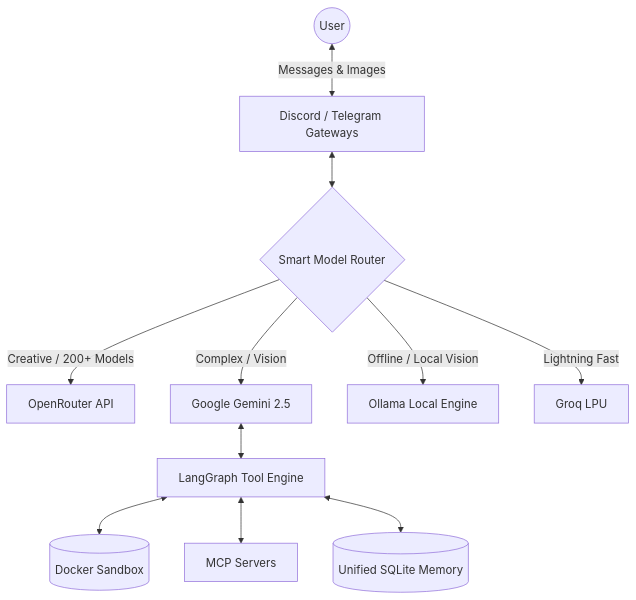
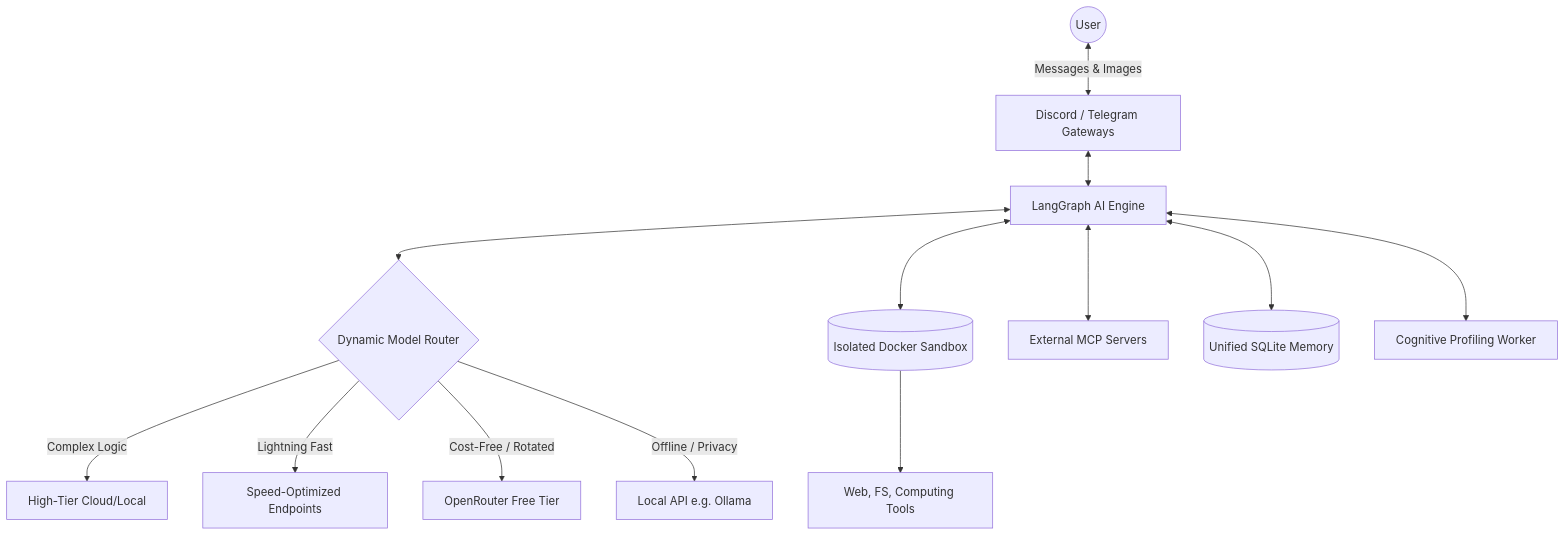
Before and after one commit to Ujjwal-Devloper-5/OmniAgent: the diagram in README.md, drawn with Mermaid. The commit also changed other lines of this file and 1 other file, not shown here.

````diff
--- a/README.md
+++ b/README.md
@@ -50,15 +45,19 @@
 ```mermaid
 graph TD
     User((User)) <--> |Messages & Images| Gateway[Discord / Telegram Gateways]
-    Gateway <--> Router{Smart Model Router}
+    Gateway <--> Core[LangGraph AI Engine]
     
-    Router -->|Creative / 200+ Models| OR[OpenRouter API]
-    Router -->|Complex / Vision| Gem[Google Gemini 2.5]
-    Router -->|Offline / Local Vision| Ollama[Ollama Local Engine]
-    Router -->|Lightning Fast| Groq[Groq LPU]
+    Core <--> Router{Dynamic Model Router}
     
-    Gem <--> Graph[LangGraph Tool Engine]
-    Graph <--> Sandbox[(Docker Sandbox)]
-    Graph <--> MCP[MCP Servers]
-    Graph <--> Mem[(Unified SQLite Memory)]
+    Router -->|Complex Logic| HighTier[High-Tier Cloud/Local]
+    Router -->|Lightning Fast| FastTier[Speed-Optimized Endpoints]
+    Router -->|Cost-Free / Rotated| OR[OpenRouter Free Tier]
+    Router -->|Offline / Privacy| Local[Local API e.g. Ollama]
+    
+    Core <--> Sandbox[(Isolated Docker Sandbox)]
+    Core <--> MCP[External MCP Servers]
+    Core <--> Mem[(Unified SQLite Memory)]
+    Core <--> Brain[Cognitive Profiling Worker]
+    
+    Sandbox --> Tools[Web, FS, Computing Tools]
 ```
````
